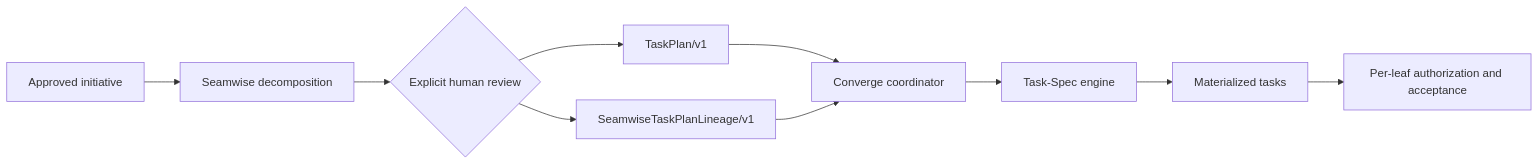
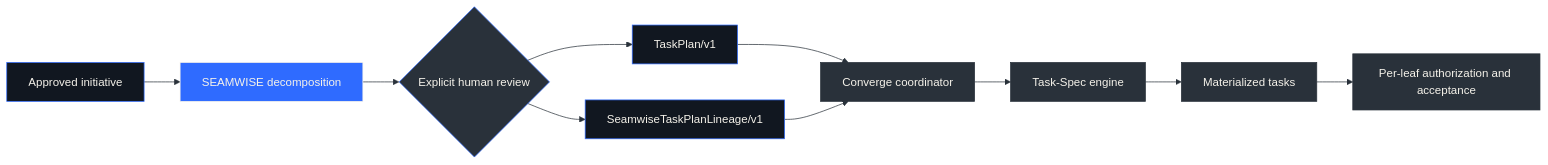
One commit to luanmorenommaciel/seamwise changed the diagram in README.md. Above: the diagram before and after it, drawn with Mermaid. The commit also changed other lines of this file and 3 other files, not shown here.

````diff
--- a/README.md
+++ b/README.md
@@ -31,12 +38,23 @@
 ```mermaid
+%%{init: {'theme': 'base', 'themeVariables': { 'primaryColor': '#111720', 'primaryTextColor': '#F5F2EA', 'primaryBorderColor': '#2F6BFF', 'lineColor': '#29313A', 'secondaryColor': '#070A0F', 'tertiaryColor': '#29313A', 'background': '#070A0F', 'mainBkg': '#111720', 'nodeBorder': '#2F6BFF', 'clusterBkg': '#111720', 'titleColor': '#F5F2EA', 'edgeLabelBackground': '#111720'}}}%%
 flowchart LR
-    I["Approved initiative"] --> S["Seamwise decomposition"]
+    I["Approved initiative"] --> S["SEAMWISE decomposition"]
     S --> R{"Explicit human review"}
     R --> TP["TaskPlan/v1"]
     R --> L["SeamwiseTaskPlanLineage/v1"]
     TP --> C["Converge coordinator"]
     L --> C
     C --> T["Task-Spec engine"]
     T --> M["Materialized tasks"]
     M --> A["Per-leaf authorization and acceptance"]
+
+    style I fill:#111720,stroke:#2F6BFF,color:#F5F2EA
+    style S fill:#2F6BFF,stroke:#F5F2EA,color:#F5F2EA
+    style R fill:#29313A,stroke:#2F6BFF,color:#F5F2EA
+    style TP fill:#111720,stroke:#2F6BFF,color:#F5F2EA
+    style L fill:#111720,stroke:#2F6BFF,color:#F5F2EA
+    style C fill:#29313A,stroke:#29313A,color:#F5F2EA
+    style T fill:#29313A,stroke:#29313A,color:#F5F2EA
+    style M fill:#29313A,stroke:#29313A,color:#F5F2EA
+    style A fill:#29313A,stroke:#29313A,color:#F5F2EA
 ```
````
